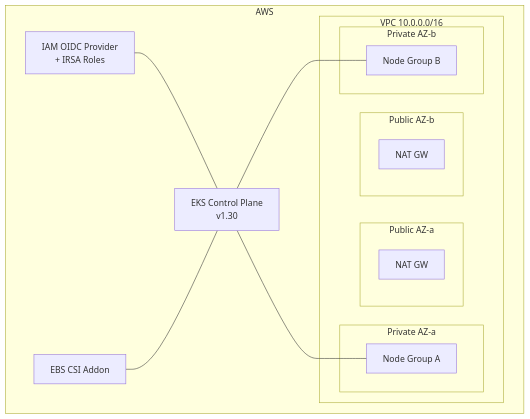
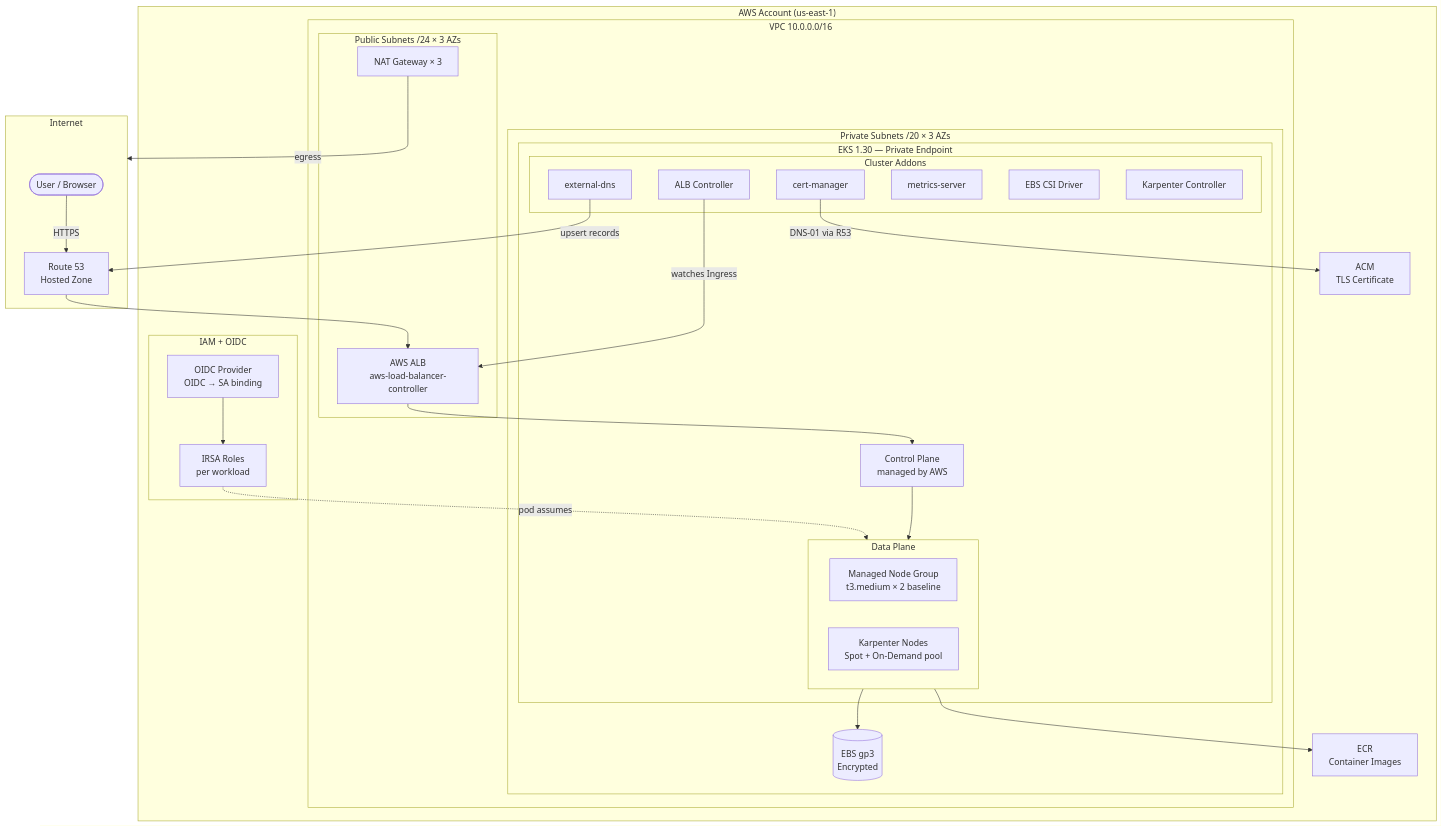
The first of 6 diagrams in 08-projects/06-prod-grade-cluster-on-aws/README.md (srinivaskona7/devops-learning), drawn with Mermaid before and after one commit. The commit also changed other lines of this file and 222 other files, not shown here.

````diff
--- a/08-projects/06-prod-grade-cluster-on-aws/README.md
+++ b/08-projects/06-prod-grade-cluster-on-aws/README.md
@@ -12,26 +62,53 @@
 ```mermaid
 flowchart TB
-  subgraph AWS
-    subgraph VPC[VPC 10.0.0.0/16]
-      subgraph PublicAZ1[Public AZ-a]
-        NAT1[NAT GW]
+  subgraph Internet
+    User([User / Browser])
+    R53[Route 53\nHosted Zone]
+  end
+
+  subgraph AWS["AWS Account (us-east-1)"]
+    subgraph VPC["VPC 10.0.0.0/16"]
+      subgraph PublicSubnets["Public Subnets /24 × 3 AZs"]
+        ALB[AWS ALB\naws-load-balancer-controller]
+        NAT[NAT Gateway × 3]
       end
-      subgraph PublicAZ2[Public AZ-b]
-        NAT2[NAT GW]
-      end
-      subgraph PrivateAZ1[Private AZ-a]
-        NG1[Node Group A]
-      end
-      subgraph PrivateAZ2[Private AZ-b]
-        NG2[Node Group B]
+      subgraph PrivateSubnets["Private Subnets /20 × 3 AZs"]
+        subgraph EKS["EKS 1.30 — Private Endpoint"]
+          CP[Control Plane\nmanaged by AWS]
+          subgraph DataPlane["Data Plane"]
+            MNG[Managed Node Group\nt3.medium × 2 baseline]
+            KarpNode[Karpenter Nodes\nSpot + On-Demand pool]
+          end
+          subgraph Addons["Cluster Addons"]
+            ALBCTRL[ALB Controller]
+            CERTMGR[cert-manager]
+            EXTDNS[external-dns]
+            METRICS[metrics-server]
+            EBSCSI[EBS CSI Driver]
+            KARP[Karpenter Controller]
+          end
+        end
+        EBS[(EBS gp3\nEncrypted)]
       end
     end
-    EKS[EKS Control Plane<br/>v1.30]
-    IAM[IAM OIDC Provider<br/>+ IRSA Roles]
-    EBS[EBS CSI Addon]
+    subgraph IAM["IAM + OIDC"]
+      OIDC[OIDC Provider\nOIDC → SA binding]
+      IRSA[IRSA Roles\nper workload]
+    end
+    ACM[ACM\nTLS Certificate]
+    ECR[ECR\nContainer Images]
   end
-  EKS --- NG1
-  EKS --- NG2
-  IAM --- EKS
-  EBS --- EKS
+
+  User -->|HTTPS| R53
+  R53 --> ALB
+  ALB --> CP
+  CP --> DataPlane
+  DataPlane --> EBS
+  DataPlane --> ECR
+  OIDC --> IRSA
+  IRSA -.->|pod assumes| DataPlane
+  ALBCTRL -->|watches Ingress| ALB
+  CERTMGR -->|DNS-01 via R53| ACM
+  EXTDNS -->|upsert records| R53
+  NAT -->|egress| Internet
 ```
````
